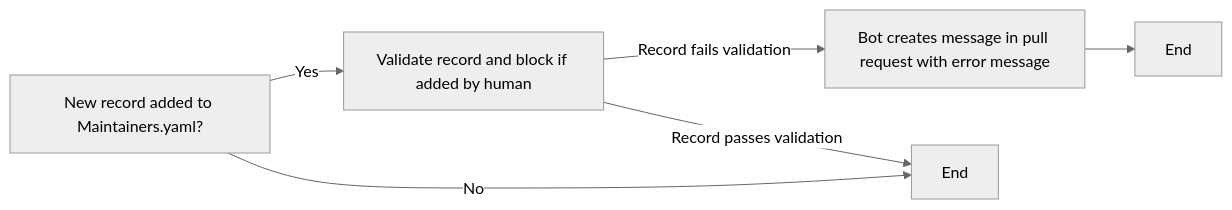
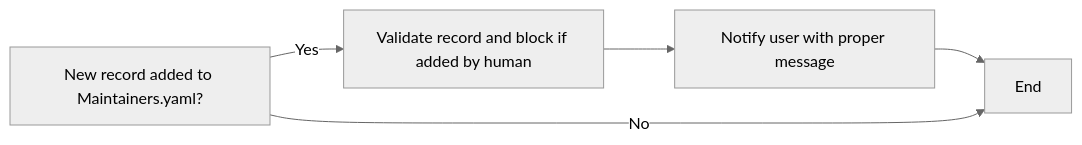
The fourth of 12 diagrams in scripts/README.md (14Richa/testRepo), drawn with Mermaid (neutral theme) before and after one commit. The commit also changed other lines of this file, not shown here.

````diff
--- a/scripts/README.md
+++ b/scripts/README.md
@@ -57,8 +59,7 @@
 ```mermaid
 graph LR;
-A[New record added to Maintainers.yaml?] -->|Yes| B[Validate record and block if added by human];
-B -->|Record fails validation| C[Bot creates message in pull request with error message];
+A[New record added to Maintainers.yaml?] --> |Yes| B[Validate record and block if added by human];
+B --> C[Notify user with proper message];
 C --> D[End];
-B -->|Record passes validation| E[End];
-A -->|No| E[End];
+A --> |No| D[End];
 ```
````
